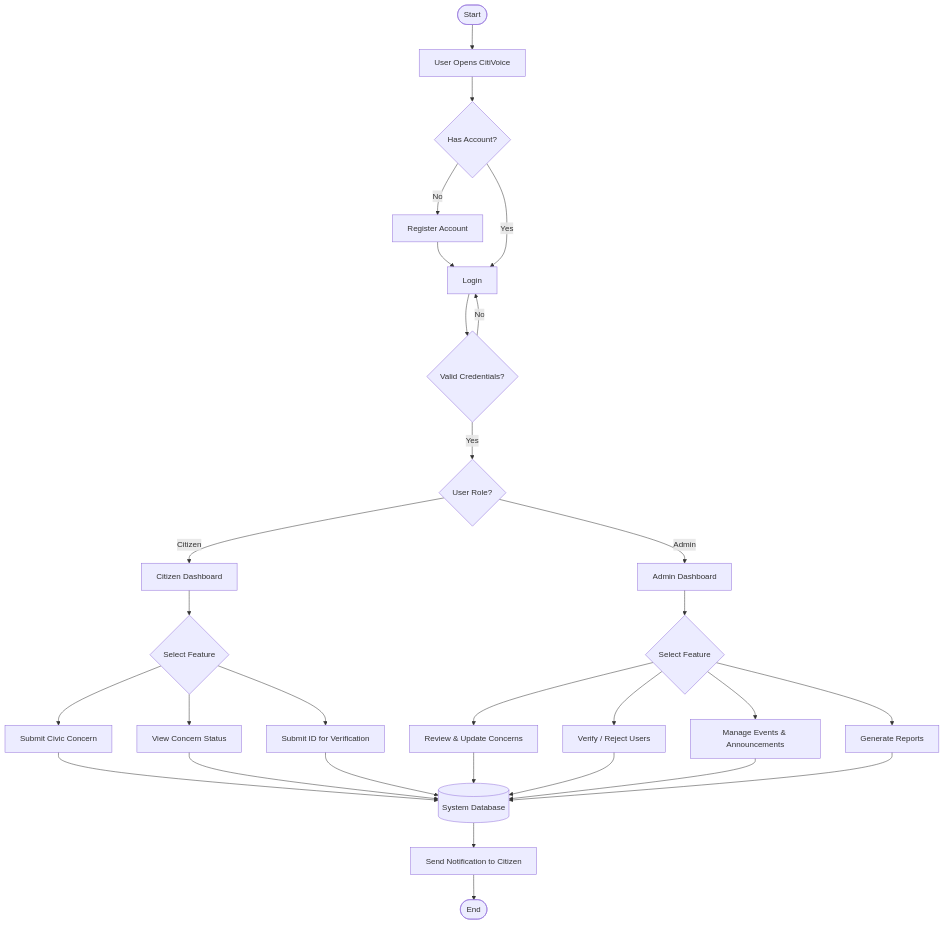
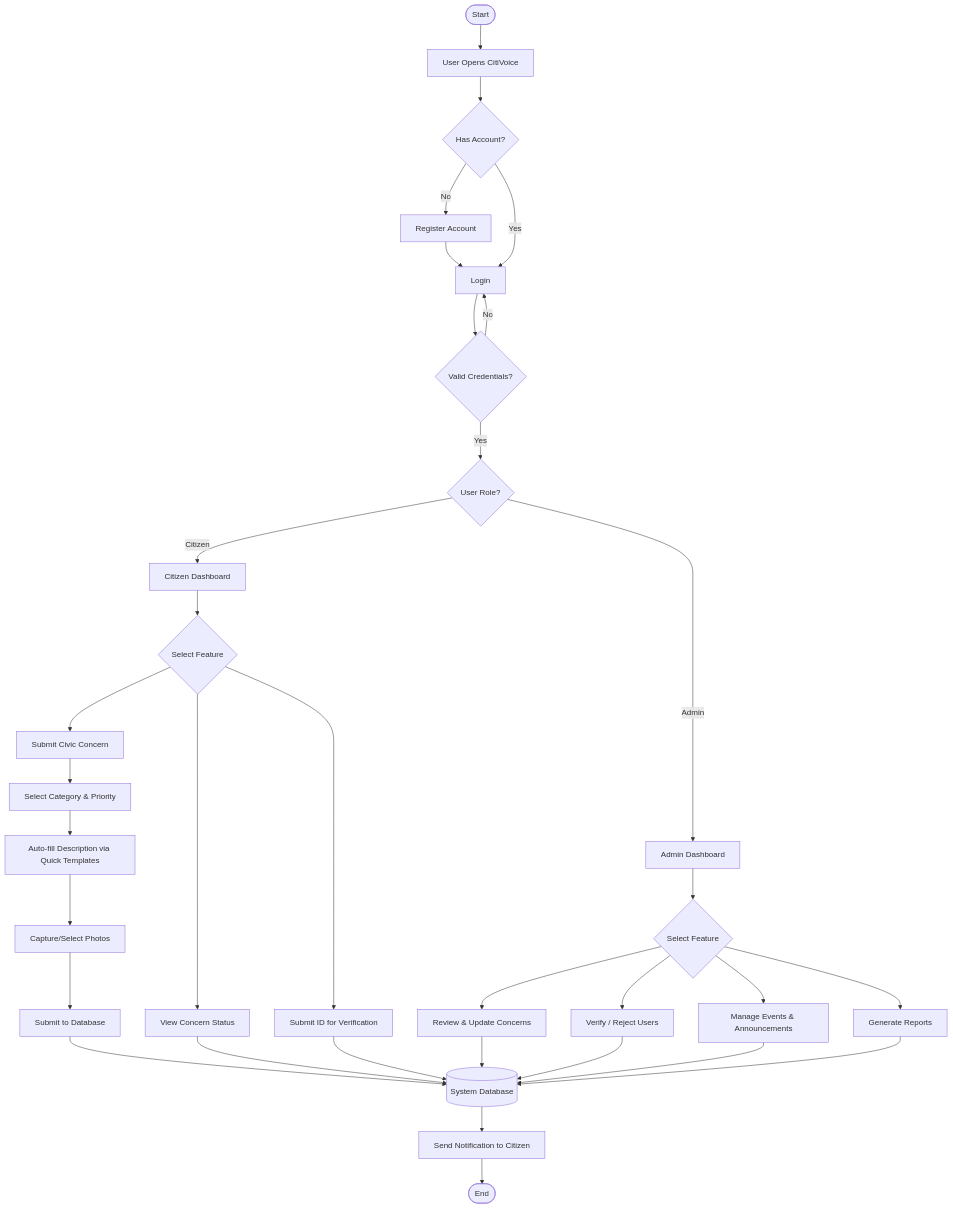
One commit to palingubaerwin029-ai/citivoice changed the sixth of 8 diagrams in diagrams.md. Above: the diagram before and after it, drawn with Mermaid. The commit also changed other lines of this file and 1 other file, not shown here.

Commit message:
Schema: Add concern_templates table and seed data

````diff
--- a/diagrams.md
+++ b/diagrams.md
@@ -348,39 +357,43 @@
 ```mermaid
 flowchart TD
     Start([Start]) --> OpenApp[User Opens CitiVoice]
     OpenApp --> HasAccount{Has Account?}
 
     HasAccount -- No --> Register[Register Account]
     Register --> Login
     HasAccount -- Yes --> Login[Login]
 
     Login --> AuthCheck{Valid Credentials?}
     AuthCheck -- No --> Login
     AuthCheck -- Yes --> CheckRole{User Role?}
 
     CheckRole -- Citizen --> CitizenHome[Citizen Dashboard]
     CheckRole -- Admin --> AdminHome[Admin Dashboard]
 
     CitizenHome --> CitizenAction{Select Feature}
     CitizenAction --> SubmitConcern[Submit Civic Concern]
+    SubmitConcern --> Selection[Select Category & Priority]
+    Selection --> AutoFill[Auto-fill Description via Quick Templates]
+    AutoFill --> Capture[Capture/Select Photos]
+    Capture --> PostToDB[Submit to Database]
     CitizenAction --> ViewStatus[View Concern Status]
     CitizenAction --> VerifyID[Submit ID for Verification]
 
-    SubmitConcern --> DB[(System Database)]
+    PostToDB --> DB[(System Database)]
     ViewStatus --> DB
     VerifyID --> DB
 
     AdminHome --> AdminAction{Select Feature}
     AdminAction --> ManageConcerns[Review & Update Concerns]
     AdminAction --> VerifyUsers[Verify / Reject Users]
     AdminAction --> ManageContent[Manage Events & Announcements]
     AdminAction --> ViewReports[Generate Reports]
 
     ManageConcerns --> DB
     VerifyUsers --> DB
     ManageContent --> DB
     ViewReports --> DB
 
     DB --> Notify[Send Notification to Citizen]
     Notify --> End([End])
 ```
````
